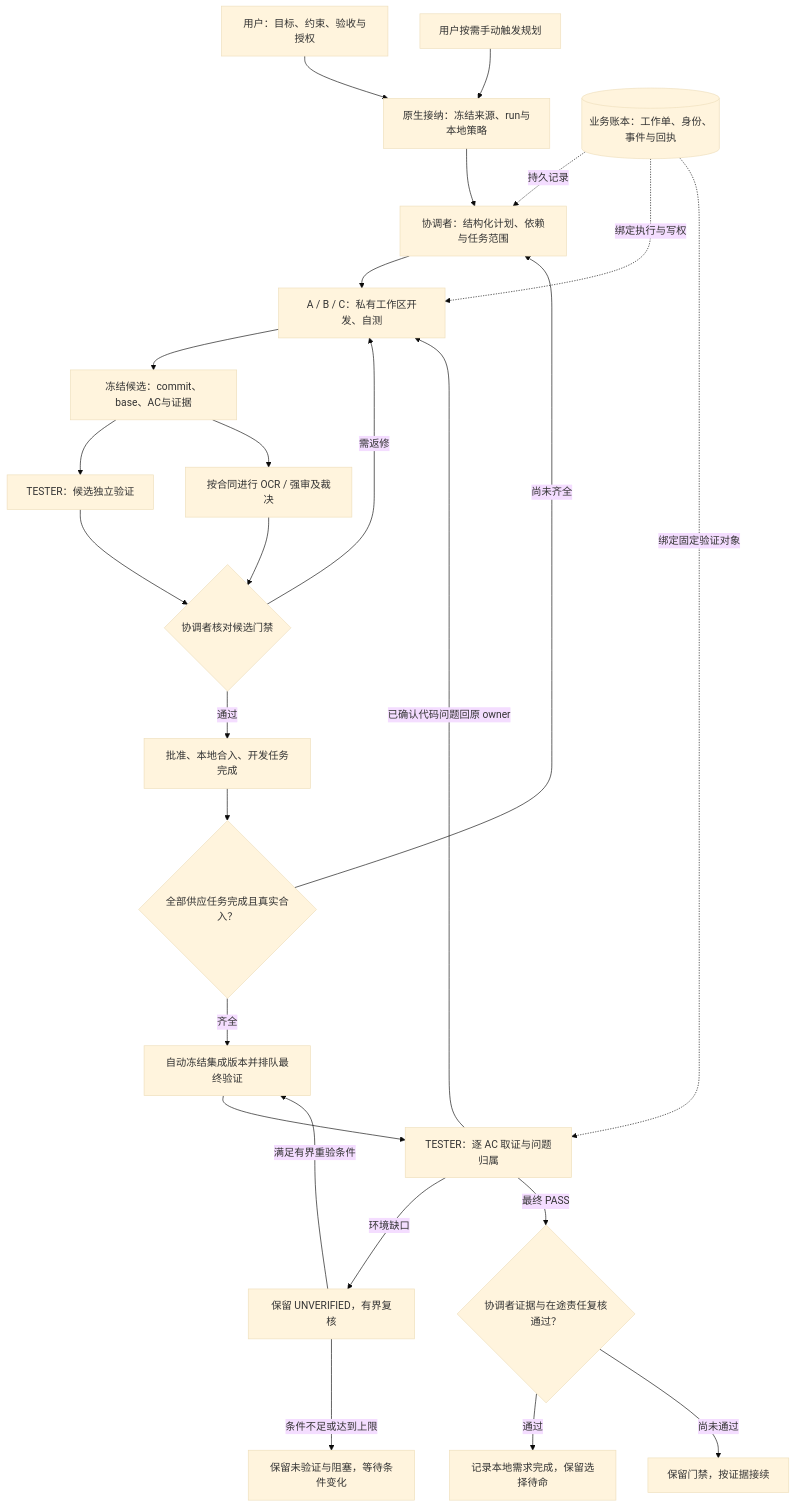
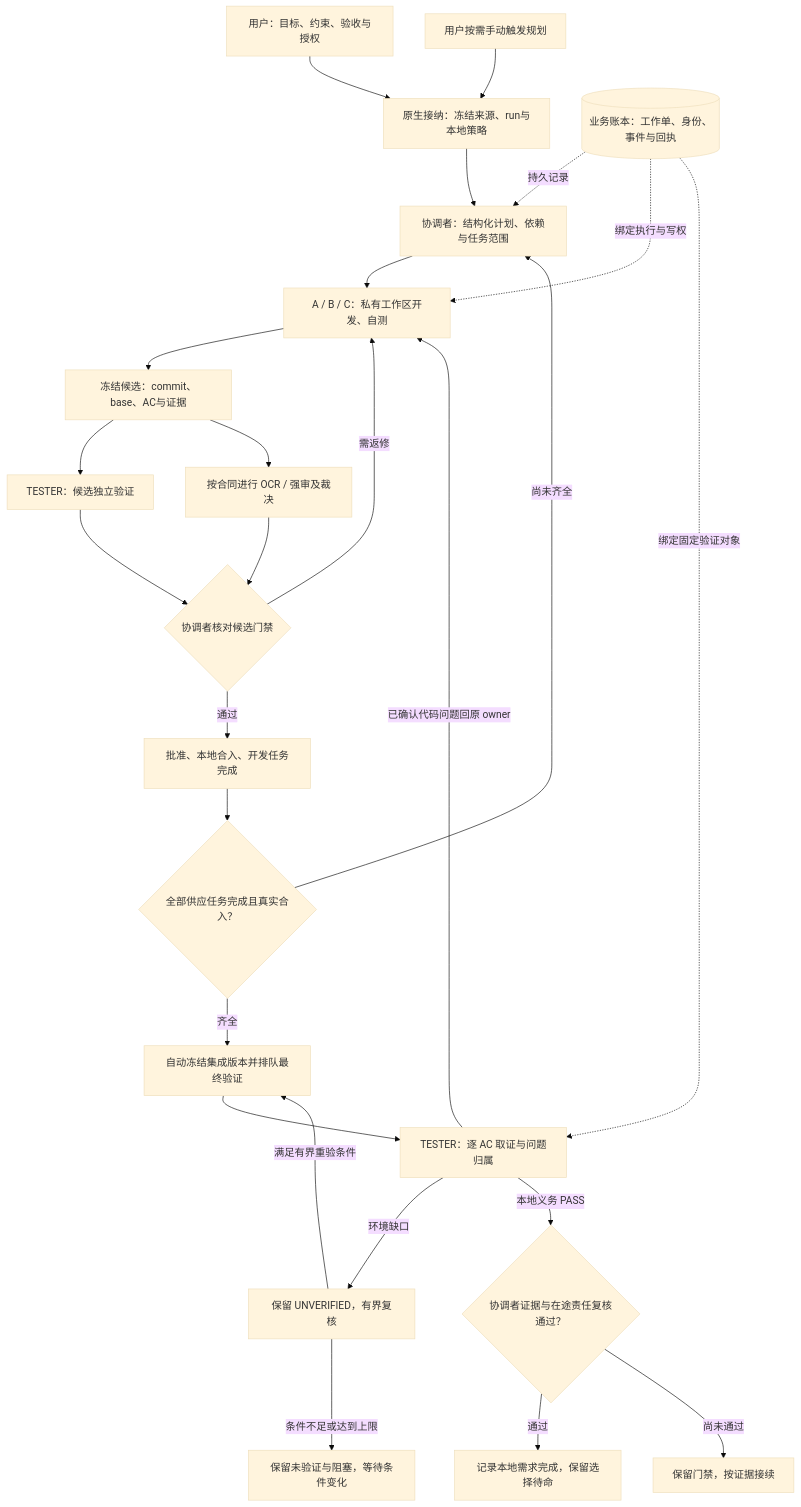
Before and after one commit to wangzd9/skill-backup: the diagram in docs/ROLE-WORKFLOW-USER-GUIDE.md, drawn with Mermaid (base theme). The commit also changed other lines of this file and 69 other files, not shown here.

````diff
--- a/docs/ROLE-WORKFLOW-USER-GUIDE.md
+++ b/docs/ROLE-WORKFLOW-USER-GUIDE.md
@@ -48,28 +48,28 @@
 ```mermaid
 flowchart TD
     U[用户：目标、约束、验收与授权] --> I[原生接纳：冻结来源、run与本地策略]
     P[用户按需手动触发规划] --> I
     I --> C[协调者：结构化计划、依赖与任务范围]
     C --> D[A / B / C：私有工作区开发、自测]
     D --> F[冻结候选：commit、base、AC与证据]
     F --> T[TESTER：候选独立验证]
     F --> S[按合同进行 OCR / 强审及裁决]
     T --> G{协调者核对候选门禁}
     S --> G
     G -->|需返修| D
     G -->|通过| M[批准、本地合入、开发任务完成]
     M --> V{全部供应任务完成且真实合入？}
     V -->|尚未齐全| C
     V -->|齐全| Q[自动冻结集成版本并排队最终验证]
     Q --> X[TESTER：逐 AC 取证与问题归属]
     X -->|已确认代码问题回原 owner| D
     X -->|环境缺口| E[保留 UNVERIFIED，有界复核]
     E -->|满足有界重验条件| Q
     E -->|条件不足或达到上限| W[保留未验证与阻塞，等待条件变化]
-    X -->|最终 PASS| R{协调者证据与在途责任复核通过？}
+    X -->|本地义务 PASS| R{协调者证据与在途责任复核通过？}
     R -->|通过| Z[记录本地需求完成，保留选择待命]
     R -->|尚未通过| H[保留门禁，按证据接续]
     L[(业务账本：工作单、身份、事件与回执)] -.持久记录.-> C
     L -.绑定执行与写权.-> D
     L -.绑定固定验证对象.-> X
 ```
````
